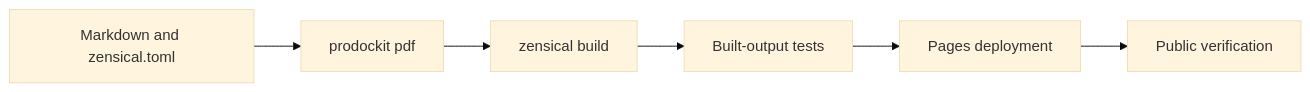
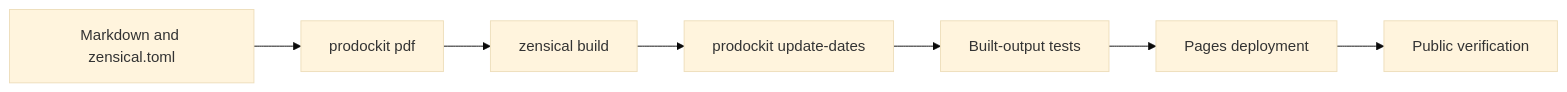
Before and after one commit to buckwem/prodockit-extensions: the diagram in docs/devcons/continuous-integration.md, drawn with Mermaid (base theme). The commit also changed other lines of this file and 32 other files, not shown here.

````diff
--- a/docs/devcons/continuous-integration.md
+++ b/docs/devcons/continuous-integration.md
@@ -122,8 +127,9 @@
 ```mermaid
 flowchart LR
     source[Markdown and zensical.toml] --> pdf[prodockit pdf]
     pdf --> site[zensical build]
-    site --> tests[Built-output tests]
+    site --> dates[prodockit update-dates]
+    dates --> tests[Built-output tests]
     tests --> deploy[Pages deployment]
     deploy --> verify[Public verification]
 ```
````
